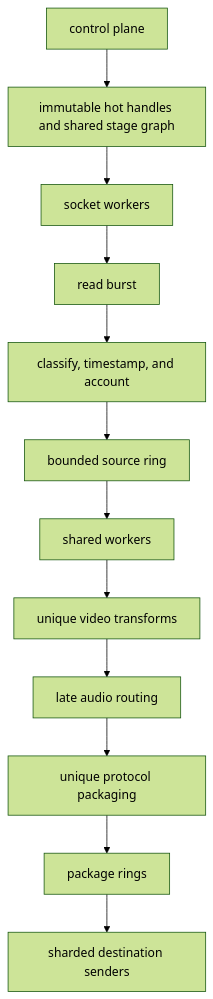
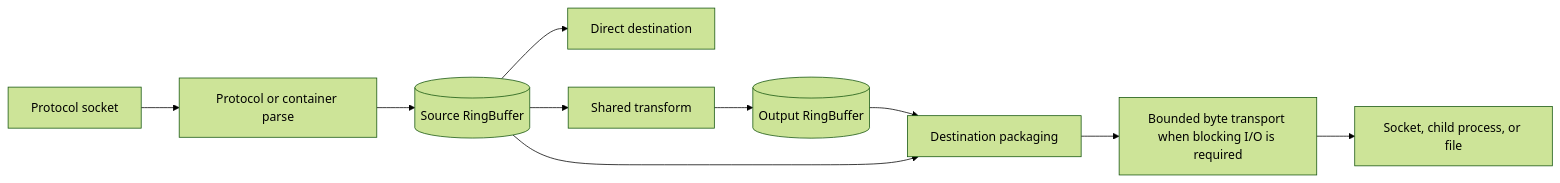
The diagram in docs/high-performance-data-path.md (krsna1729/restream), drawn with Mermaid (forest theme) before and after one commit. The commit also changed other lines of this file and 13 other files, not shown here.

````diff
--- a/docs/high-performance-data-path.md
+++ b/docs/high-performance-data-path.md
@@ -208,14 +20,12 @@
 ```mermaid
-flowchart TD
-    Control["control plane"] --> Handles["immutable hot handles and shared stage graph"]
-    Handles --> Socket["socket workers"]
-    Socket --> Burst["read burst"]
-    Burst --> Normalize["classify, timestamp, and account"]
-    Normalize --> Source["bounded source ring"]
-    Source --> Workers["shared workers"]
-    Workers --> Video["unique video transforms"]
-    Video --> Audio["late audio routing"]
-    Audio --> Package["unique protocol packaging"]
-    Package --> Rings["package rings"]
-    Rings --> Senders["sharded destination senders"]
+flowchart LR
+    Socket["Protocol socket"] --> Parse["Protocol or container parse"]
+    Parse --> Source[("Source RingBuffer")]
+    Source --> Direct["Direct destination"]
+    Source --> Stage["Shared transform"]
+    Stage --> Output[("Output RingBuffer")]
+    Output --> Package["Destination packaging"]
+    Source --> Package
+    Package --> Queue["Bounded byte transport when blocking I/O is required"]
+    Queue --> Sink["Socket, child process, or file"]
 ```
````
